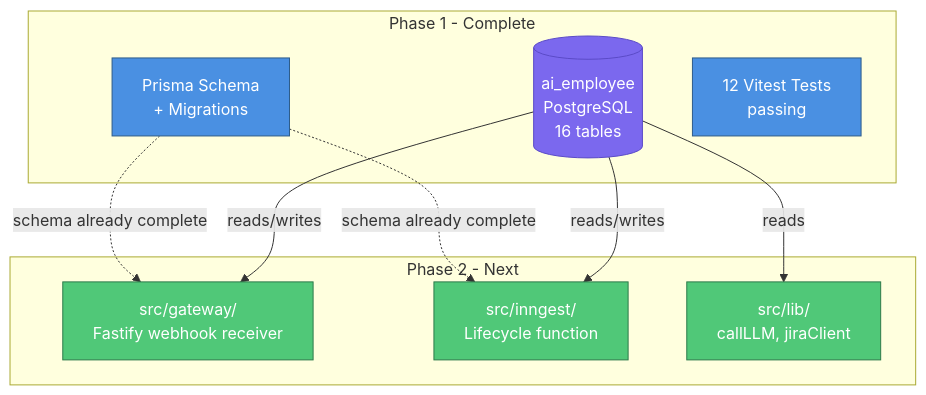
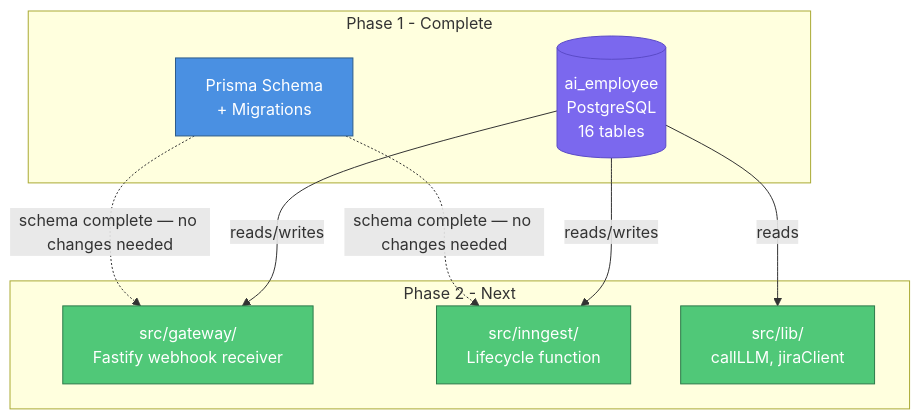
One commit to viiqswim/dozaldevs-ai-employee changed the sixth of 6 diagrams in docs/2026-03-26-1511-phase1-foundation.md. Above: the diagram before and after it, drawn with Mermaid. The commit also changed other lines of this file and 2 other files, not shown here.

````diff
--- a/docs/2026-03-26-1511-phase1-foundation.md
+++ b/docs/2026-03-26-1511-phase1-foundation.md
@@ -397,24 +389,23 @@
 ```mermaid
 flowchart TD
     subgraph Phase 1 - Complete
         DB[("ai_employee\nPostgreSQL\n16 tables")]:::storage
         SCHEMA["Prisma Schema\n+ Migrations"]:::service
-        TESTS["12 Vitest Tests\npassing"]:::service
     end
 
     subgraph Phase 2 - Next
         GW["src/gateway/\nFastify webhook receiver"]:::event
         ING["src/inngest/\nLifecycle function"]:::event
         LIB["src/lib/\ncallLLM, jiraClient"]:::event
     end
 
     DB -->|"reads/writes"| GW
     DB -->|"reads/writes"| ING
     DB -->|"reads"| LIB
-    SCHEMA -.->|"schema already complete"| GW
-    SCHEMA -.->|"schema already complete"| ING
+    SCHEMA -.->|"schema complete — no changes needed"| GW
+    SCHEMA -.->|"schema complete — no changes needed"| ING
 
     classDef storage fill:#7B68EE,stroke:#5B4BC7,color:#fff
     classDef service fill:#4A90E2,stroke:#2E5C8A,color:#fff
     classDef event fill:#50C878,stroke:#2D7A4A,color:#fff
 ```
````
